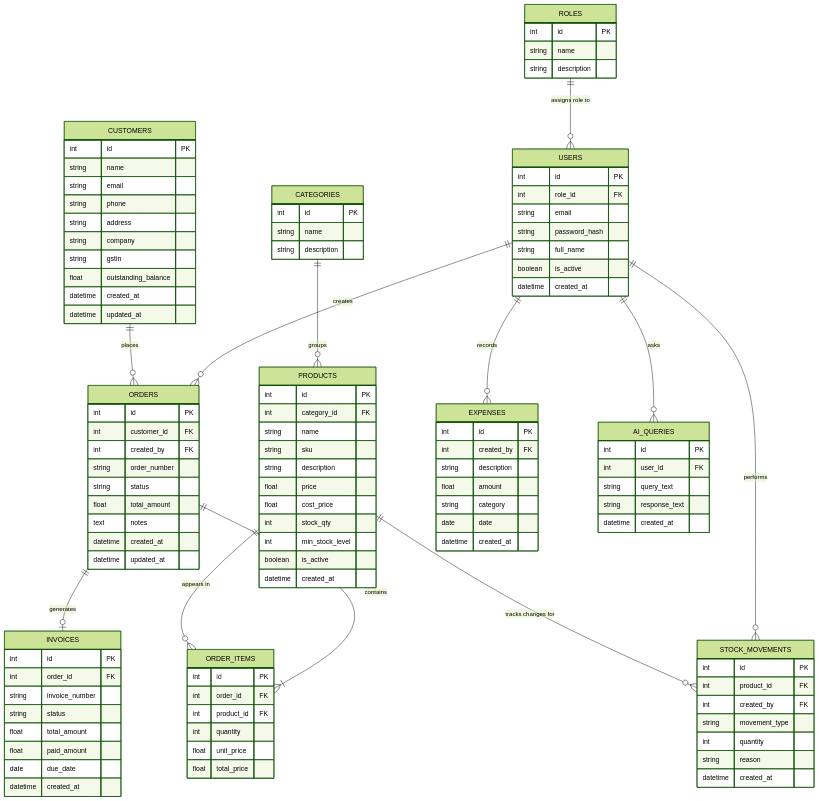
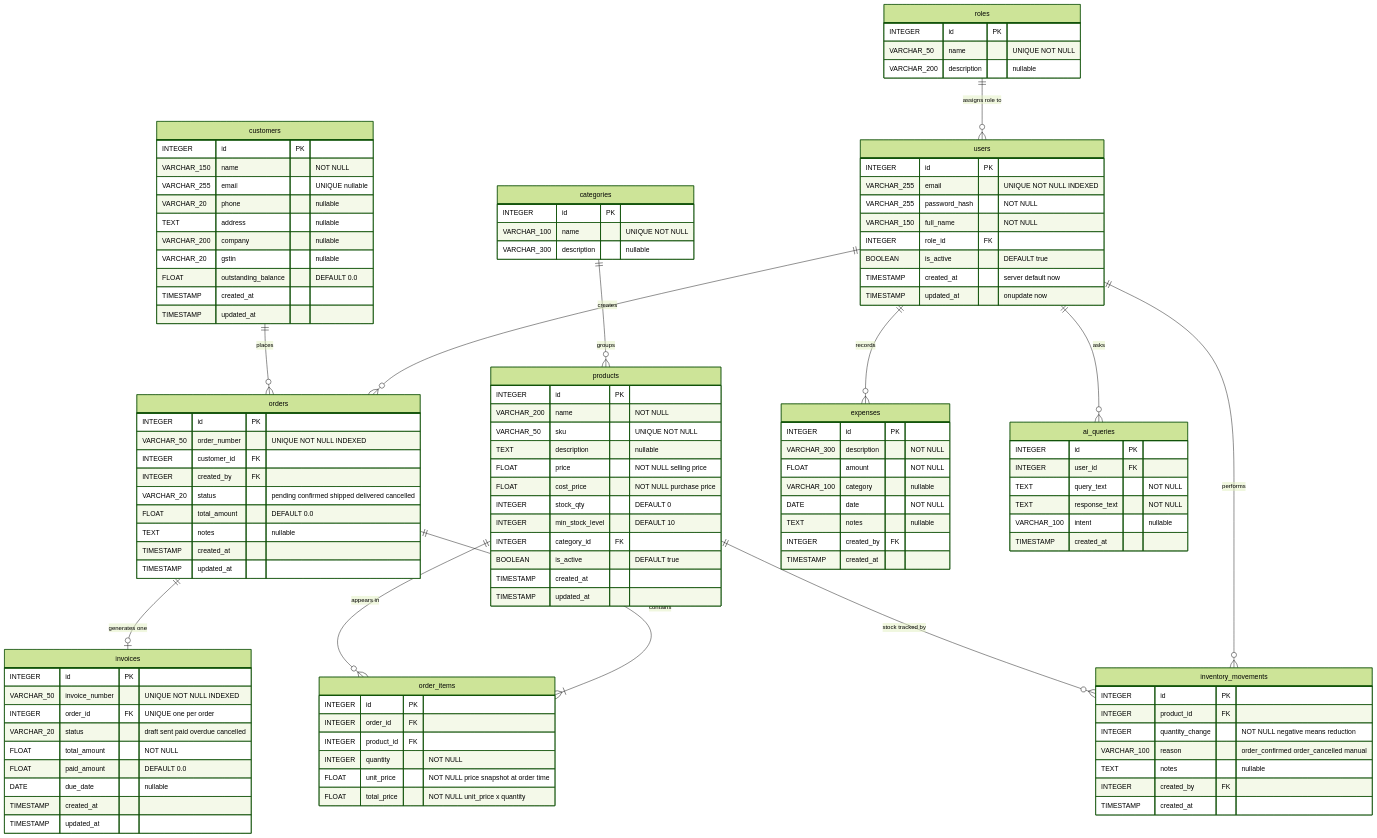
One commit to hyperS777/BizAI changed the tenth of 12 diagrams in docs/design-diagrams/ALL-DIAGRAMS.md. Above: the diagram before and after it, drawn with Mermaid (forest theme). The commit also changed other lines of this file and 22 other files, not shown here.

Commit message:
feat: add backend report service and system design diagrams

````diff
--- a/docs/design-diagrams/ALL-DIAGRAMS.md
+++ b/docs/design-diagrams/ALL-DIAGRAMS.md
@@ -271,123 +445,128 @@
 ```mermaid
 erDiagram
-    ROLES {
-        int id PK
-        string name
-        string description
+    roles {
+        INTEGER id PK
+        VARCHAR_50 name "UNIQUE NOT NULL"
+        VARCHAR_200 description "nullable"
     }
 
-    USERS {
-        int id PK
-        int role_id FK
-        string email
-        string password_hash
-        string full_name
-        boolean is_active
-        datetime created_at
+    users {
+        INTEGER id PK
+        VARCHAR_255 email "UNIQUE NOT NULL INDEXED"
+        VARCHAR_255 password_hash "NOT NULL"
+        VARCHAR_150 full_name "NOT NULL"
+        INTEGER role_id FK
+        BOOLEAN is_active "DEFAULT true"
+        TIMESTAMP created_at "server default now"
+        TIMESTAMP updated_at "onupdate now"
     }
 
-    CUSTOMERS {
-        int id PK
-        string name
-        string email
-        string phone
-        string address
-        string company
-        string gstin
-        float outstanding_balance
-        datetime created_at
-        datetime updated_at
+    customers {
+        INTEGER id PK
+        VARCHAR_150 name "NOT NULL"
+        VARCHAR_255 email "UNIQUE nullable"
+        VARCHAR_20 phone "nullable"
+        TEXT address "nullable"
+        VARCHAR_200 company "nullable"
+        VARCHAR_20 gstin "nullable"
+        FLOAT outstanding_balance "DEFAULT 0.0"
+        TIMESTAMP created_at
+        TIMESTAMP updated_at
     }
 
-    CATEGORIES {
-        int id PK
-        string name
-        string description
+    categories {
+        INTEGER id PK
+        VARCHAR_100 name "UNIQUE NOT NULL"
+        VARCHAR_300 description "nullable"
     }
 
-    PRODUCTS {
-        int id PK
-        int category_id FK
-        string name
-        string sku
-        string description
-        float price
-        float cost_price
-        int stock_qty
-        int min_stock_level
-        boolean is_active
-        datetime created_at
+    products {
+        INTEGER id PK
+        VARCHAR_200 name "NOT NULL"
+        VARCHAR_50 sku "UNIQUE NOT NULL"
+        TEXT description "nullable"
+        FLOAT price "NOT NULL selling price"
+        FLOAT cost_price "NOT NULL purchase price"
+        INTEGER stock_qty "DEFAULT 0"
+        INTEGER min_stock_level "DEFAULT 10"
+        INTEGER category_id FK
+        BOOLEAN is_active "DEFAULT true"
+        TIMESTAMP created_at
+        TIMESTAMP updated_at
     }
 
-    ORDERS {
-        int id PK
-        int customer_id FK
-        int created_by FK
-        string order_number
-        string status
-        float total_amount
-        text notes
-        datetime created_at
-        datetime updated_at
+    orders {
+        INTEGER id PK
+        VARCHAR_50 order_number "UNIQUE NOT NULL INDEXED"
+        INTEGER customer_id FK
+        INTEGER created_by FK
+        VARCHAR_20 status "pending confirmed shipped delivered cancelled"
+        FLOAT total_amount "DEFAULT 0.0"
+        TEXT notes "nullable"
+        TIMESTAMP created_at
+        TIMESTAMP updated_at
     }
 
-    ORDER_ITEMS {
-        int id PK
-        int order_id FK
-        int product_id FK
-        int quantity
-        float unit_price
-        float total_price
+    order_items {
+        INTEGER id PK
+        INTEGER order_id FK
+        INTEGER product_id FK
+        INTEGER quantity "NOT NULL"
+        FLOAT unit_price "NOT NULL price snapshot at order time"
+        FLOAT total_price "NOT NULL unit_price x quantity"
     }
 
-    INVOICES {
-        int id PK
-        int order_id FK
-        string invoice_number
-        string status
-        float total_amount
-        float paid_amount
-        date due_date
-        datetime created_at
+    invoices {
+        INTEGER id PK
+        VARCHAR_50 invoice_number "UNIQUE NOT NULL INDEXED"
+        INTEGER order_id FK "UNIQUE one per order"
+        VARCHAR_20 status "draft sent paid overdue cancelled"
+        FLOAT total_amount "NOT NULL"
+        FLOAT paid_amount "DEFAULT 0.0"
+        DATE due_date "nullable"
+        TIMESTAMP created_at
+        TIMESTAMP updated_at
     }
 
-    EXPENSES {
-        int id PK
-        int created_by FK
-        string description
-        float amount
-        string category
-        date date
-        datetime created_at
+    expenses {
+        INTEGER id PK
+        VARCHAR_300 description "NOT NULL"
+        FLOAT amount "NOT NULL"
+        VARCHAR_100 category "nullable"
+        DATE date "NOT NULL"
+        TEXT notes "nullable"
+        INTEGER created_by FK
+        TIMESTAMP created_at
     }
 
-    STOCK_MOVEMENTS {
-        int id PK
-        int product_id FK
-        int created_by FK
-        string movement_type
-        int quantity
-        string reason
-        datetime created_at
+    inventory_movements {
+        INTEGER id PK
+        INTEGER product_id FK
+        INTEGER quantity_change "NOT NULL negative means reduction"
+        VARCHAR_100 reason "order_confirmed order_cancelled manual"
+        TEXT notes "nullable"
+        INTEGER created_by FK
+        TIMESTAMP created_at
     }
 
-    AI_QUERIES {
-        int id PK
-        int user_id FK
-        string query_text
-        string response_text
-        datetime created_at
+    ai_queries {
+        INTEGER id PK
+        INTEGER user_id FK
+        TEXT query_text "NOT NULL"
+        TEXT response_text "NOT NULL"
+        VARCHAR_100 intent "nullable"
+        TIMESTAMP created_at
     }
 
-    ROLES ||--o{ USERS : "assigns role to"
-    USERS ||--o{ ORDERS : "creates"
-    USERS ||--o{ EXPENSES : "records"
-    USERS ||--o{ AI_QUERIES : "asks"
-    USERS ||--o{ STOCK_MOVEMENTS : "performs"
-    CUSTOMERS ||--o{ ORDERS : "places"
-    CATEGORIES ||--o{ PRODUCTS : "groups"
-    ORDERS ||--|{ ORDER_ITEMS : "contains"
-    PRODUCTS ||--o{ ORDER_ITEMS : "appears in"
-    ORDERS ||--o| INVOICES : "generates"
-    PRODUCTS ||--o{ STOCK_MOVEMENTS : "tracks changes for"
+    roles         ||--o{ users               : "assigns role to"
+    users         ||--o{ orders              : "creates"
+    users         ||--o{ expenses            : "records"
+    users         ||--o{ ai_queries          : "asks"
+    users         ||--o{ inventory_movements : "performs"
+    customers     ||--o{ orders              : "places"
+    categories    ||--o{ products            : "groups"
+    orders        ||--|{ order_items         : "contains"
+    products      ||--o{ order_items         : "appears in"
+    orders        ||--o| invoices            : "generates one"
+    products      ||--o{ inventory_movements : "stock tracked by"
 ```
````
